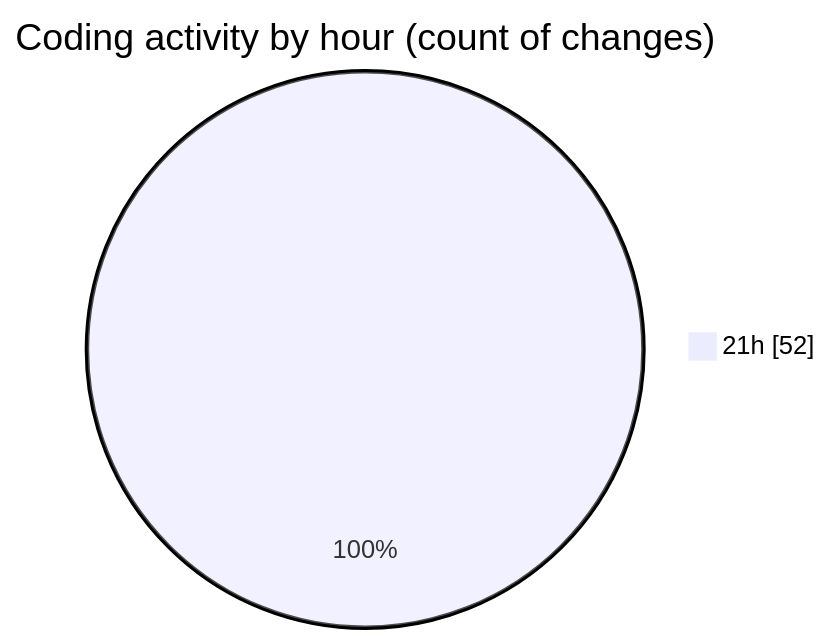
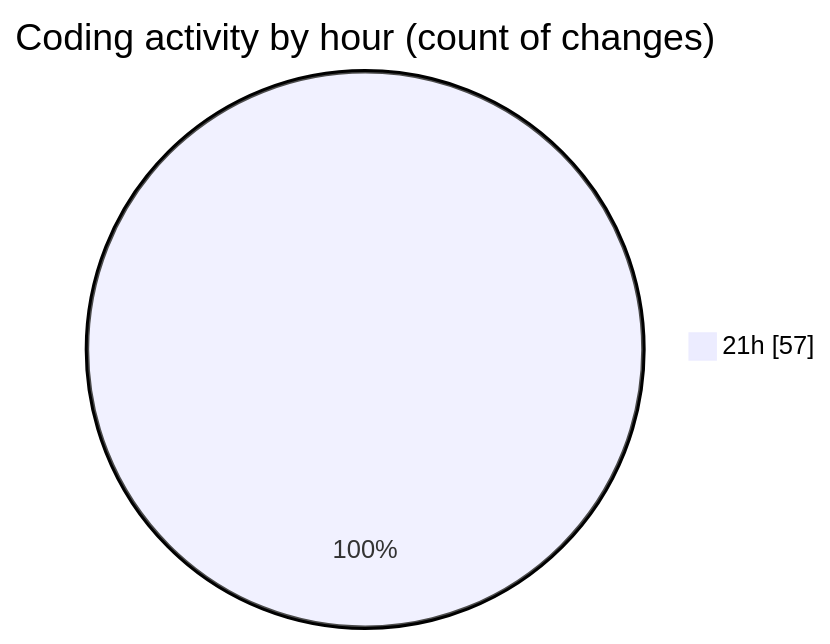
One commit to Netris89/code-tracking changed the second of 2 diagrams in 2025-04-05/schoolmanagement/README.md. Above: the diagram before and after it, drawn with Mermaid. The commit also changed other lines of this file and 1 other file, not shown here.

````diff
--- a/2025-04-05/schoolmanagement/README.md
+++ b/2025-04-05/schoolmanagement/README.md
@@ -43,5 +45,5 @@
 ```mermaid
 pie showData
 title Coding activity by hour (count of changes)
-"21h" : 52
+"21h" : 57
 ```
````
